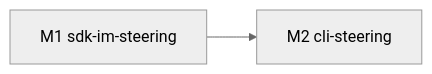
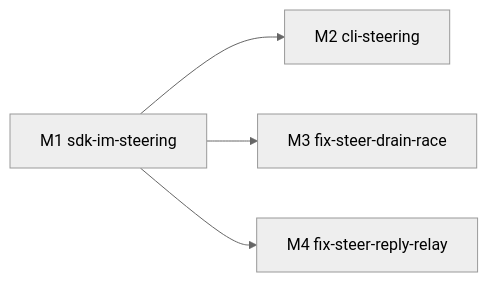
The fourth of 4 diagrams in docs/changes/bugfix-426-midrun-message-steering/design.md (Mrchen116/nano-multiagent), drawn with Mermaid (neutral theme) before and after one commit. The commit also changed other lines of this file and 2 other files, not shown here.

````diff
--- a/docs/changes/bugfix-426-midrun-message-steering/design.md
+++ b/docs/changes/bugfix-426-midrun-message-steering/design.md
@@ -214,4 +298,6 @@
 ```mermaid
 graph LR
   M1[M1 sdk-im-steering] --> M2[M2 cli-steering]
+  M1 --> M3[M3 fix-steer-drain-race]
+  M1 --> M4[M4 fix-steer-reply-relay]
 ```
````
